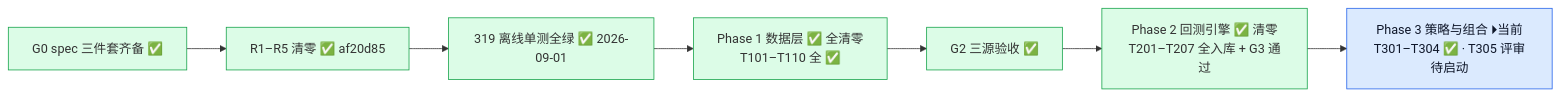
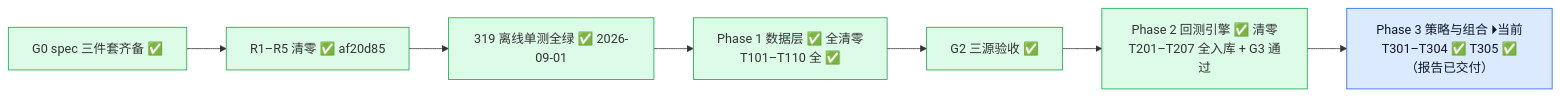
Before and after one commit to YZml1507/FinAI2.0: the second of 4 diagrams in docs/project_status_flowchart.md, drawn with Mermaid. The commit also changed other lines of this file and 2 other files, not shown here.

Commit message:
docs: T305 状态标记 — CLAUDE.md G4 停手标记 + spec 快照同步（research-finai c2f334d）+ 流程图 md/html（T305 ✅ / G4 用户决策点）

````diff
--- a/docs/project_status_flowchart.md
+++ b/docs/project_status_flowchart.md
@@ -29,15 +29,15 @@
 ```mermaid
 flowchart LR
   G0[G0 spec 三件套齐备 ✅] --> R15[R1–R5 清零 ✅ af20d85] --> UT[319 离线单测全绿 ✅ 2026-09-01]
   UT --> P1[Phase 1 数据层 ✅ 全清零<br/>T101–T110 全 ✅]
   P1 --> G2[G2 三源验收 ✅]
   G2 --> P2C[Phase 2 回测引擎 ✅ 清零<br/>T201–T207 全入库 + G3 通过]
-  P2C --> P3C[Phase 3 策略与组合 ⏵当前<br/>T301–T304 ✅ · T305 评审待启动]
+  P2C --> P3C[Phase 3 策略与组合 ⏵当前<br/>T301–T304 ✅ T305 ✅（报告已交付）]
   style G0 fill:#dcfce7,stroke:#16a34a
   style R15 fill:#dcfce7,stroke:#16a34a
   style UT fill:#dcfce7,stroke:#16a34a
   style P1 fill:#dcfce7,stroke:#16a34a
   style G2 fill:#dcfce7,stroke:#16a34a
   style P2C fill:#dcfce7,stroke:#16a34a
   style P3C fill:#dbeafe,stroke:#2563eb,color:#0f172a
 ```
````
